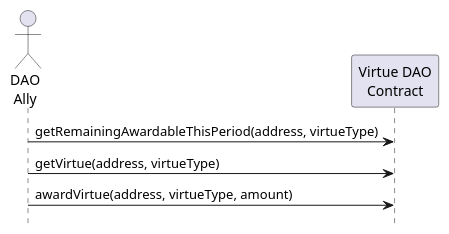
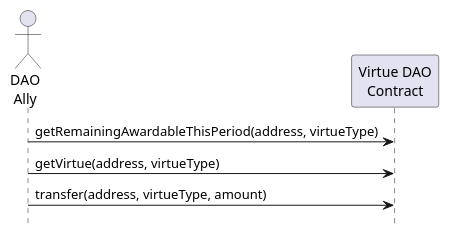
Before and after one commit to CoMakery/virtue-dao: the fifth of 5 diagrams in assets/virtue-dao.md, drawn with PlantUML. The commit also changed 2 other files, not shown here.

Commit message:
rename awardVirtue() to transfer() for ERC20 compatibility

````diff
--- a/assets/virtue-dao.md
+++ b/assets/virtue-dao.md
@@ -64,11 +64,11 @@
 ```plantuml
 @startuml award-virtue 
 hide footbox
 
 actor Ally1 as "DAO\nAlly"
 participant DAO as "Virtue DAO\nContract"
 Ally1 -> DAO: getRemainingAwardableThisPeriod(address, virtueType)
 Ally1 -> DAO: getVirtue(address, virtueType)
-Ally1 -> DAO: awardVirtue(address, virtueType, amount)
+Ally1 -> DAO: transfer(address, virtueType, amount)
 @enduml
 ```
````
